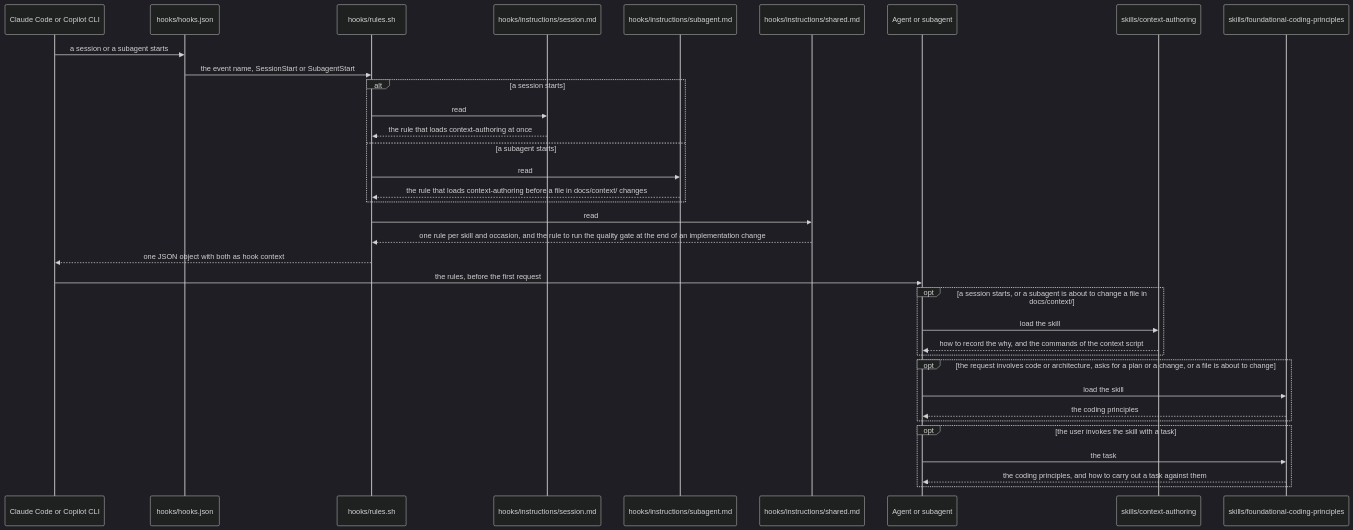
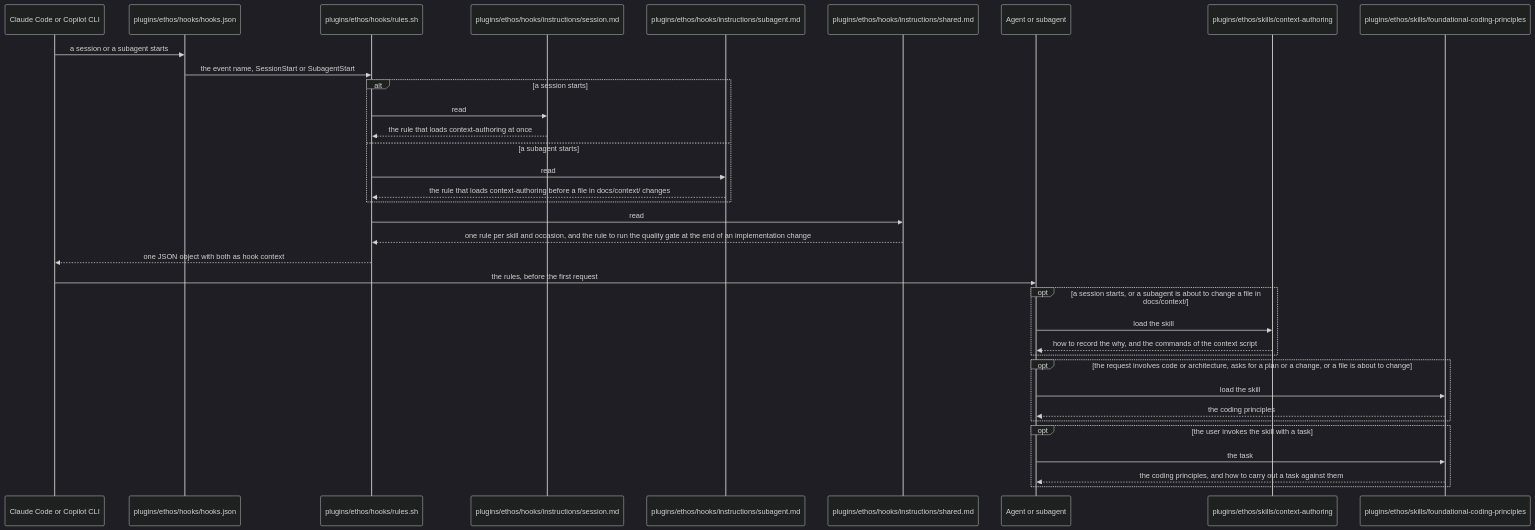
The diagram in docs/contract/session-start.md (lennartmoeller/agentic-plugins), drawn with Mermaid (dark theme) before and after one commit. The commit also changed other lines of this file and 57 other files, not shown here.

````diff
--- a/docs/contract/session-start.md
+++ b/docs/contract/session-start.md
@@ -3,38 +3,38 @@
 ```mermaid
 sequenceDiagram
     participant tool as Claude Code or Copilot CLI
-    participant hook as hooks/hooks.json
-    participant script as hooks/rules.sh
-    participant session as hooks/instructions/session.md
-    participant subagent as hooks/instructions/subagent.md
-    participant list as hooks/instructions/shared.md
+    participant hook as plugins/ethos/hooks/hooks.json
+    participant script as plugins/ethos/hooks/rules.sh
+    participant session as plugins/ethos/hooks/instructions/session.md
+    participant subagent as plugins/ethos/hooks/instructions/subagent.md
+    participant list as plugins/ethos/hooks/instructions/shared.md
     participant agent as Agent or subagent
-    participant why as skills/context-authoring
-    participant skill as skills/foundational-coding-principles
+    participant why as plugins/ethos/skills/context-authoring
+    participant skill as plugins/ethos/skills/foundational-coding-principles
 
     tool->>hook: a session or a subagent starts
     hook->>script: the event name, SessionStart or SubagentStart
     alt a session starts
         script->>session: read
         session-->>script: the rule that loads context-authoring at once
     else a subagent starts
         script->>subagent: read
         subagent-->>script: the rule that loads context-authoring before a file in docs/context/ changes
     end
     script->>list: read
     list-->>script: one rule per skill and occasion, and the rule to run the quality gate at the end of an implementation change
     script-->>tool: one JSON object with both as hook context
     tool->>agent: the rules, before the first request
     opt a session starts, or a subagent is about to change a file in docs/context/
         agent->>why: load the skill
         why-->>agent: how to record the why, and the commands of the context script
     end
     opt the request involves code or architecture, asks for a plan or a change, or a file is about to change
         agent->>skill: load the skill
         skill-->>agent: the coding principles
     end
     opt the user invokes the skill with a task
         agent->>skill: the task
         skill-->>agent: the coding principles, and how to carry out a task against them
     end
 ```
````
